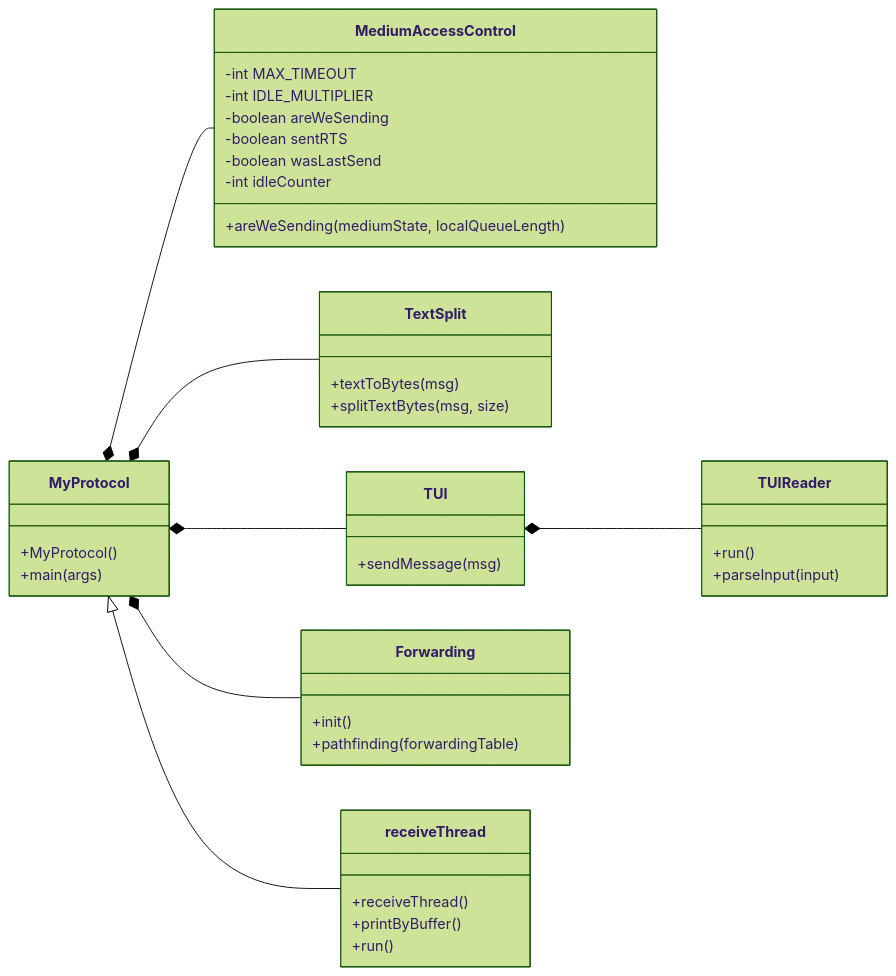
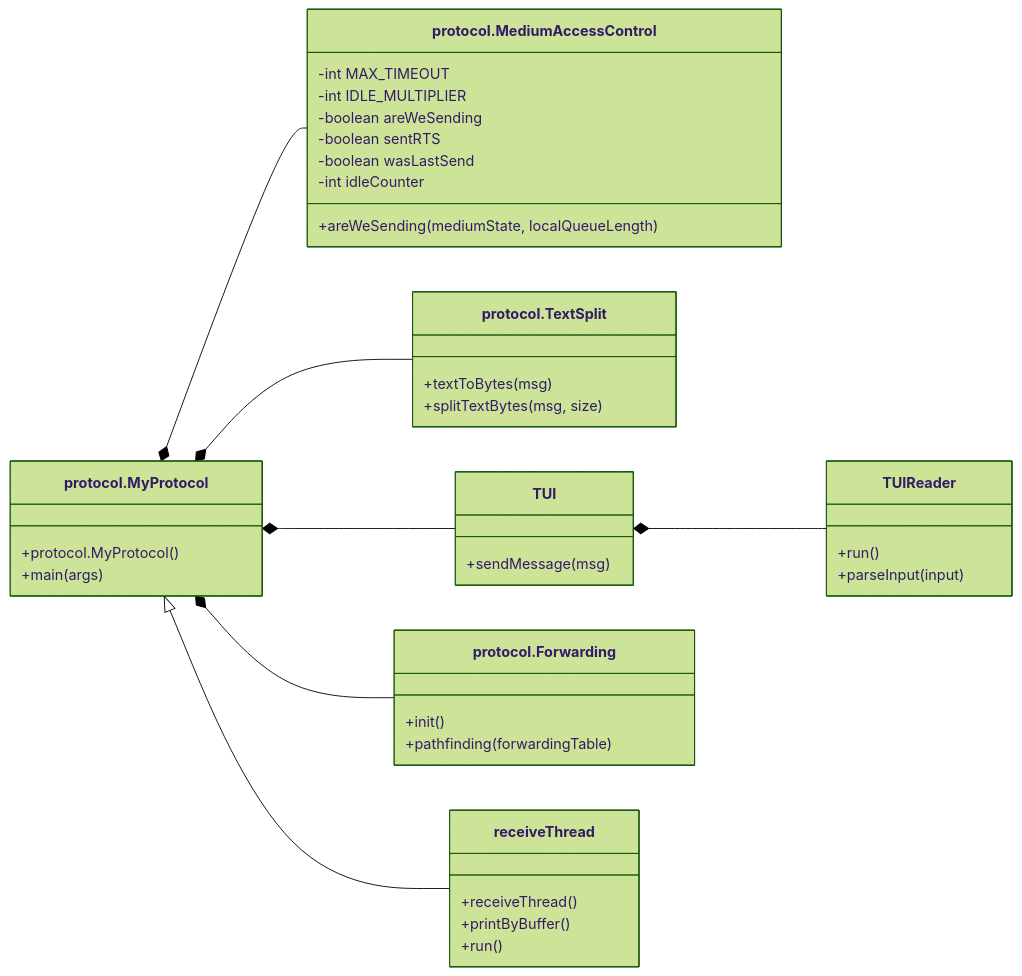
One commit to Traydr/ut-tcs-m3-project-100 changed the diagram in planning.md. Above: the diagram before and after it, drawn with Mermaid (forest theme). The commit also changed 5 other files, not shown here.

````diff
--- a/planning.md
+++ b/planning.md
@@ -1,52 +1,52 @@
 ```mermaid
 classDiagram
     direction LR
     
-    class MyProtocol {
-        +MyProtocol()
+    class protocol.MyProtocol {
+        +protocol.MyProtocol()
         +main(args)
     }
     
-    class MediumAccessControl{
+    class protocol.MediumAccessControl{
         -int MAX_TIMEOUT
         -int IDLE_MULTIPLIER    
         -boolean areWeSending
         -boolean sentRTS
         -boolean wasLastSend
         -int idleCounter
         
         +areWeSending(mediumState, localQueueLength)
     }
     
-    class TextSplit{
+    class protocol.TextSplit{
         +textToBytes(msg)
         +splitTextBytes(msg, size)
     }
     
     class TUI{
         +sendMessage(msg)
     }
     
     class TUIReader{
         +run()
         +parseInput(input)
     }
     
-    class Forwarding{
+    class protocol.Forwarding{
         +init()
         +pathfinding(forwardingTable)
     }
     
     class receiveThread{
         +receiveThread()
         +printByBuffer()
         +run()
     }
     
-    MyProtocol *-- MediumAccessControl
-    MyProtocol *-- TextSplit
-    MyProtocol *-- TUI
-    MyProtocol *-- Forwarding
-    MyProtocol <|-- receiveThread
+    protocol.MyProtocol *-- protocol.MediumAccessControl
+    protocol.MyProtocol *-- protocol.TextSplit
+    protocol.MyProtocol *-- TUI
+    protocol.MyProtocol *-- protocol.Forwarding
+    protocol.MyProtocol <|-- receiveThread
     TUI *-- TUIReader
 ```
````
